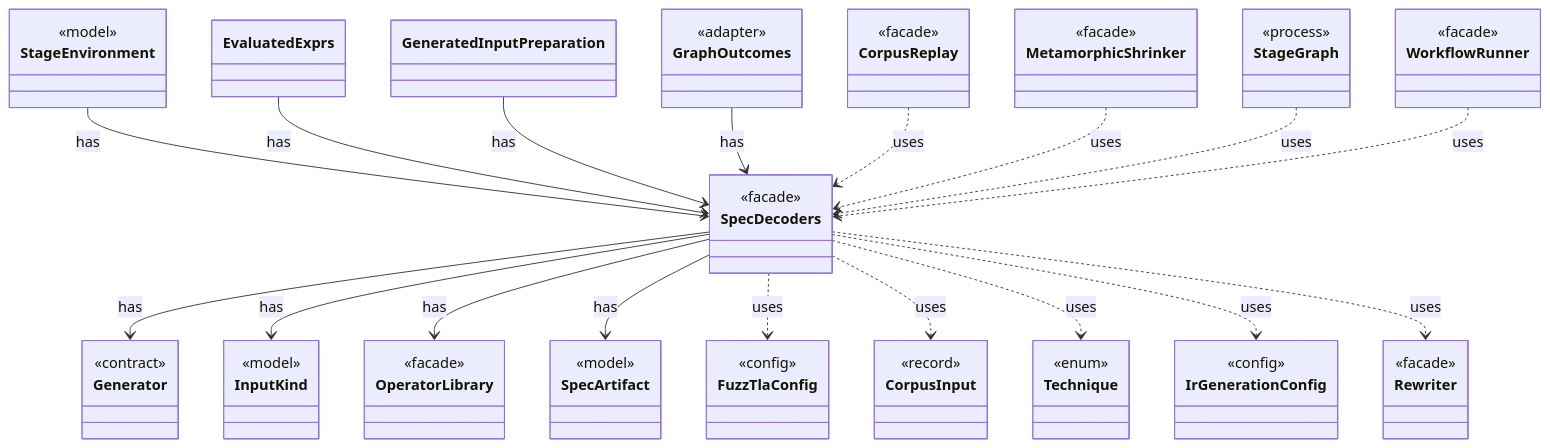
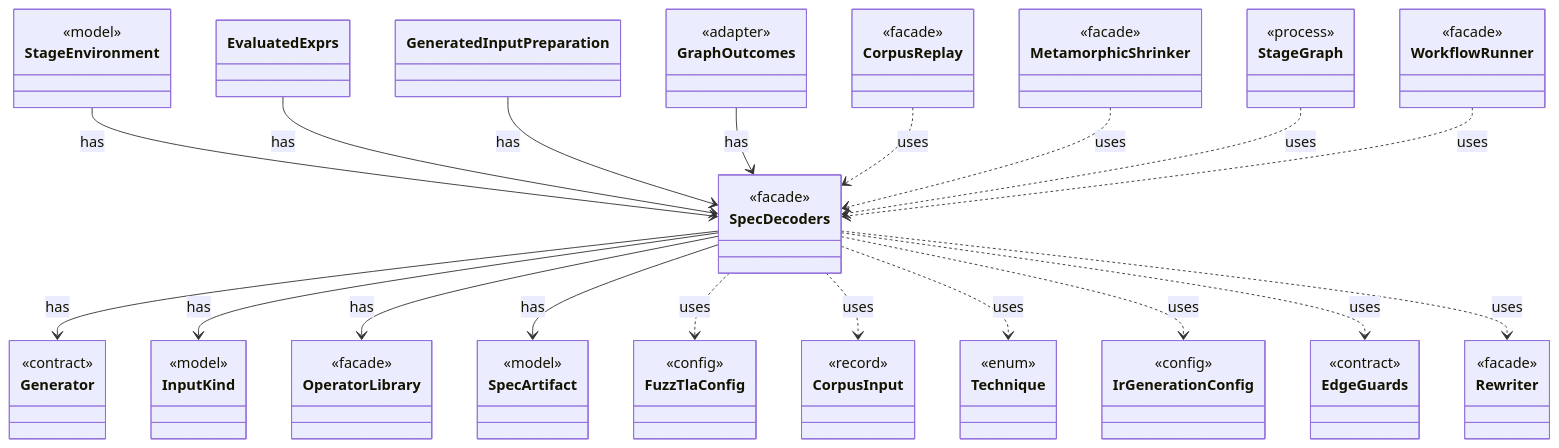
The diagram in dev/types/io.github.tlaplus.hardening.workflow.spec.SpecDecoders.md (tlaplus/model-checker-hardening), drawn with Mermaid before and after one commit. The commit also changed other lines of this file and 405 other files, not shown here.

````diff
--- a/dev/types/io.github.tlaplus.hardening.workflow.spec.SpecDecoders.md
+++ b/dev/types/io.github.tlaplus.hardening.workflow.spec.SpecDecoders.md
@@ -7,70 +7,74 @@
 ```mermaid
 classDiagram
   class SpecDecoders {
     <<facade>>
   }
   class Generator {
     <<contract>>
   }
   class InputKind {
     <<model>>
   }
   class OperatorLibrary {
     <<facade>>
   }
   class SpecArtifact {
     <<model>>
   }
   class StageEnvironment {
     <<model>>
   }
   class EvaluatedExprs
   class GeneratedInputPreparation
   class GraphOutcomes {
     <<adapter>>
   }
   class FuzzTlaConfig {
     <<config>>
   }
   class CorpusInput {
     <<record>>
   }
   class Technique {
     <<enum>>
   }
   class IrGenerationConfig {
     <<config>>
   }
+  class EdgeGuards {
+    <<contract>>
+  }
   class Rewriter {
     <<facade>>
   }
   class CorpusReplay {
     <<facade>>
   }
   class MetamorphicShrinker {
     <<facade>>
   }
   class StageGraph {
     <<process>>
   }
   class WorkflowRunner {
     <<facade>>
   }
   SpecDecoders --> Generator : has
   SpecDecoders --> InputKind : has
   SpecDecoders --> OperatorLibrary : has
   SpecDecoders --> SpecArtifact : has
   StageEnvironment --> SpecDecoders : has
   EvaluatedExprs --> SpecDecoders : has
   GeneratedInputPreparation --> SpecDecoders : has
   GraphOutcomes --> SpecDecoders : has
   SpecDecoders ..> FuzzTlaConfig : uses
   SpecDecoders ..> CorpusInput : uses
   SpecDecoders ..> Technique : uses
   SpecDecoders ..> IrGenerationConfig : uses
+  SpecDecoders ..> EdgeGuards : uses
   SpecDecoders ..> Rewriter : uses
   CorpusReplay ..> SpecDecoders : uses
   MetamorphicShrinker ..> SpecDecoders : uses
   StageGraph ..> SpecDecoders : uses
   WorkflowRunner ..> SpecDecoders : uses
 ```
````
